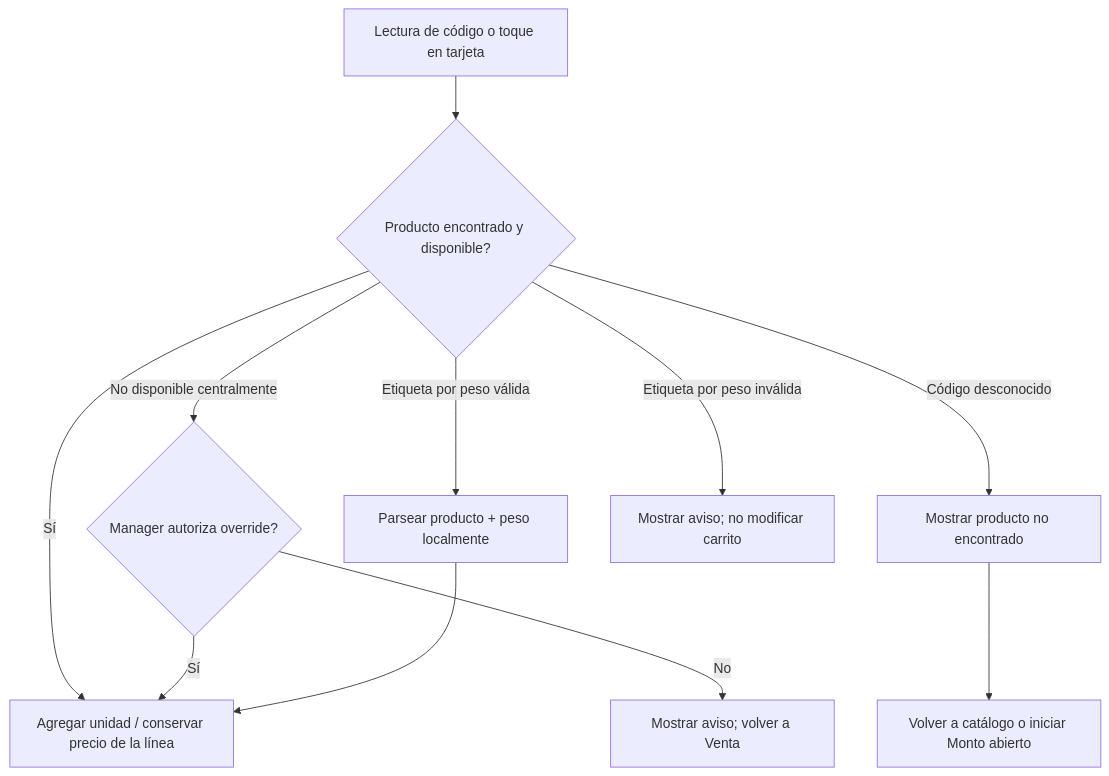
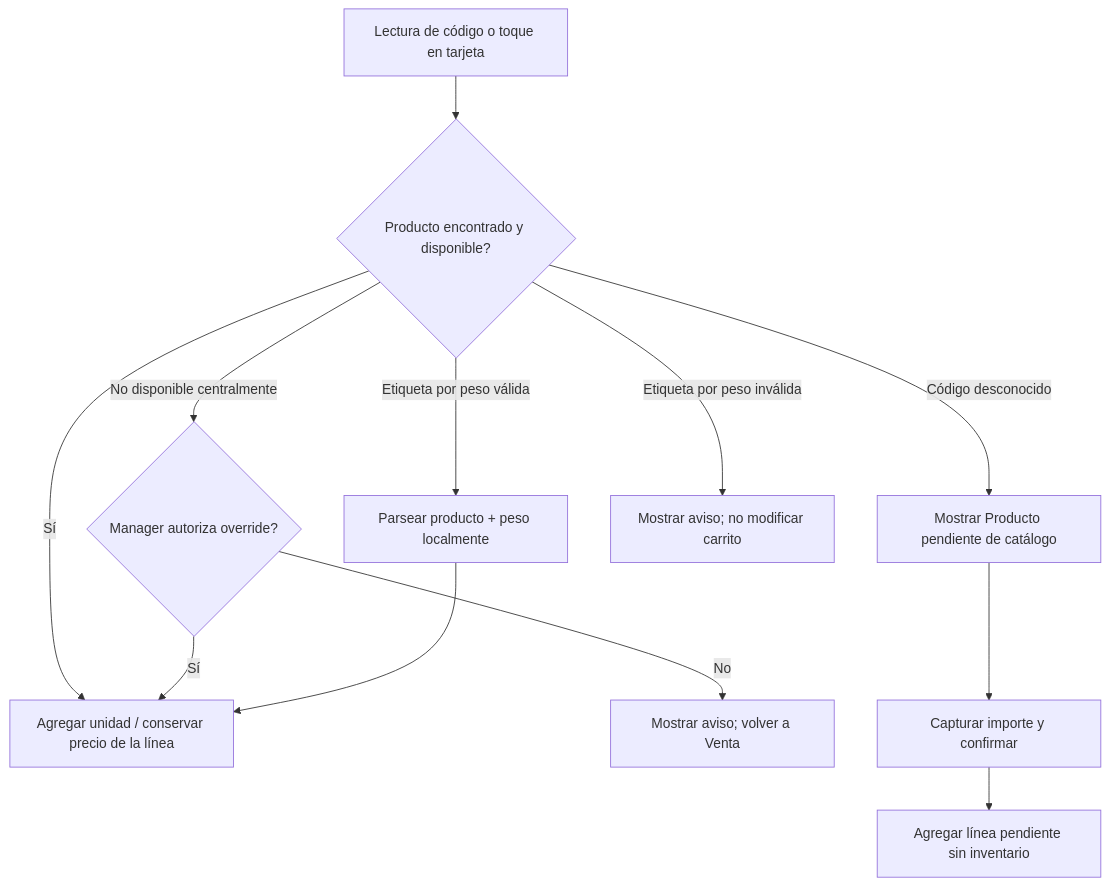
One commit to alexistrejo11/pimienta-alimentos changed the second of 5 diagrams in mobile/pos/docs/workflows/02-venta-y-pagos.md. Above: the diagram before and after it, drawn with Mermaid. The commit also changed other lines of this file and 29 other files, not shown here.

````diff
--- a/mobile/pos/docs/workflows/02-venta-y-pagos.md
+++ b/mobile/pos/docs/workflows/02-venta-y-pagos.md
@@ -53,13 +53,14 @@
 ```mermaid
 flowchart TD
     A[Lectura de código o toque en tarjeta] --> B{Producto encontrado y disponible?}
     B -- Sí --> C[Agregar unidad / conservar precio de la línea]
     B -- No disponible centralmente --> D{Manager autoriza override?}
     D -- Sí --> C
     D -- No --> E[Mostrar aviso; volver a Venta]
-    B -- Código desconocido --> F[Mostrar producto no encontrado]
-    F --> G[Volver a catálogo o iniciar Monto abierto]
+    B -- Código desconocido --> F[Mostrar Producto pendiente de catálogo]
+    F --> G[Capturar importe y confirmar]
+    G --> J[Agregar línea pendiente sin inventario]
     B -- Etiqueta por peso válida --> H[Parsear producto + peso localmente]
     H --> C
     B -- Etiqueta por peso inválida --> I[Mostrar aviso; no modificar carrito]
 ```
````
